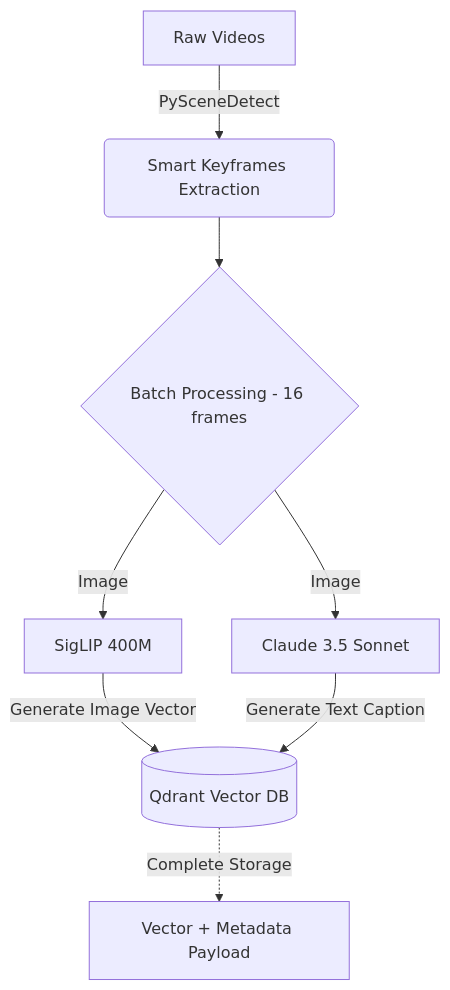
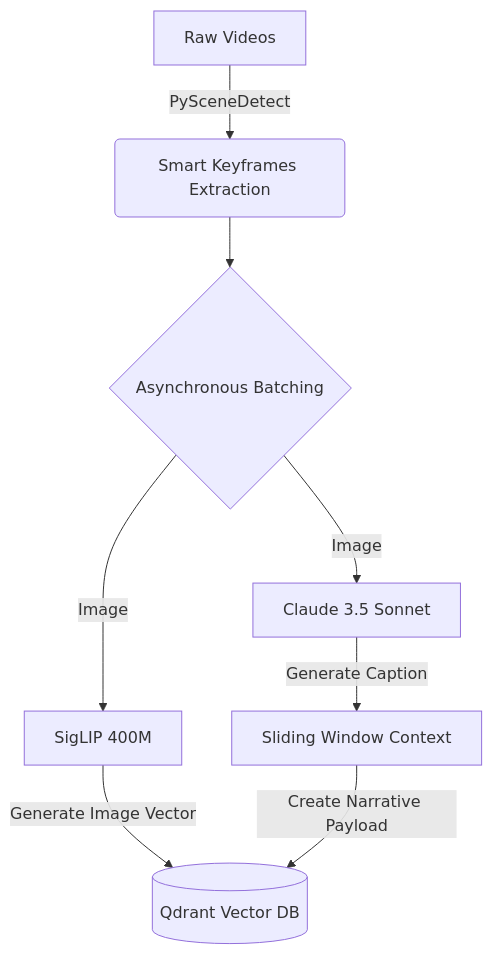
The first of 2 diagrams in README.md (DuyDayy/multimodalRAG_claudecore), drawn with Mermaid before and after one commit. The commit also changed other lines of this file and 5 other files, not shown here.

Commit message:
feat(core): implement Asynchronous Batching, Sliding Window, and Self-Correction Evaluator

````diff
--- a/README.md
+++ b/README.md
@@ -80,10 +80,10 @@
 ```mermaid
 graph TD
     A[Raw Videos] -->|PySceneDetect| B(Smart Keyframes Extraction)
-    B --> C{Batch Processing - 16 frames}
+    B --> C{Asynchronous Batching}
     C -->|Image| D[SigLIP 400M]
     C -->|Image| E[Claude 3.5 Sonnet]
     D -->|Generate Image Vector| F[(Qdrant Vector DB)]
-    E -->|Generate Text Caption| F
-    F -.->|Complete Storage| G[Vector + Metadata Payload]
+    E -->|Generate Caption| G[Sliding Window Context]
+    G -->|Create Narrative Payload| F
 ```
````
